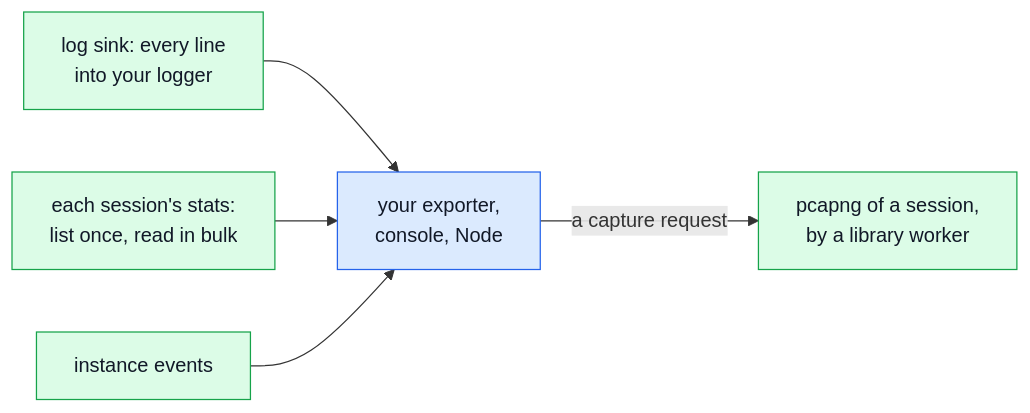
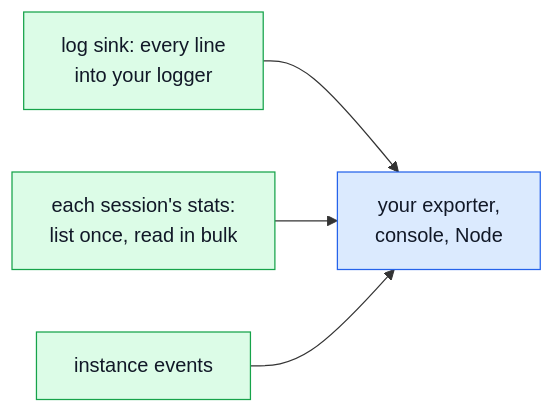
One commit to Sakoram/Media-Transport-Library changed diagram 17 of 25 in doc/unified-api/examples.md. Above: the diagram before and after it, drawn with Mermaid. The commit also changed other lines of this file and 46 other files, not shown here.

````diff
--- a/doc/unified-api/examples.md
+++ b/doc/unified-api/examples.md
@@ -2138,9 +2188,8 @@
 ```mermaid
 flowchart LR
     L["log sink: every line<br/>into your logger"]:::mtl --> A["your exporter,<br/>console, Node"]:::app
     S["each session's stats:<br/>list once, read in bulk"]:::mtl --> A
     E["instance events"]:::mtl --> A
-    A -->|"a capture request"| C["pcapng of a session,<br/>by a library worker"]:::mtl
     classDef app fill:#dbeafe,stroke:#2563eb,color:#111827
     classDef mtl fill:#dcfce7,stroke:#16a34a,color:#111827
 ```
````
